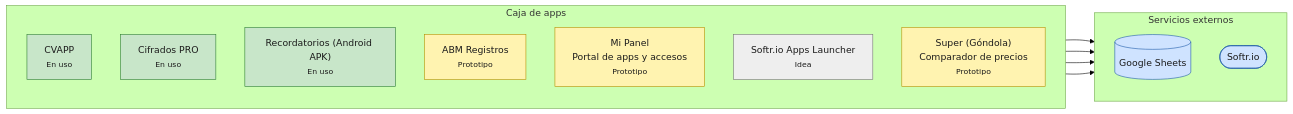
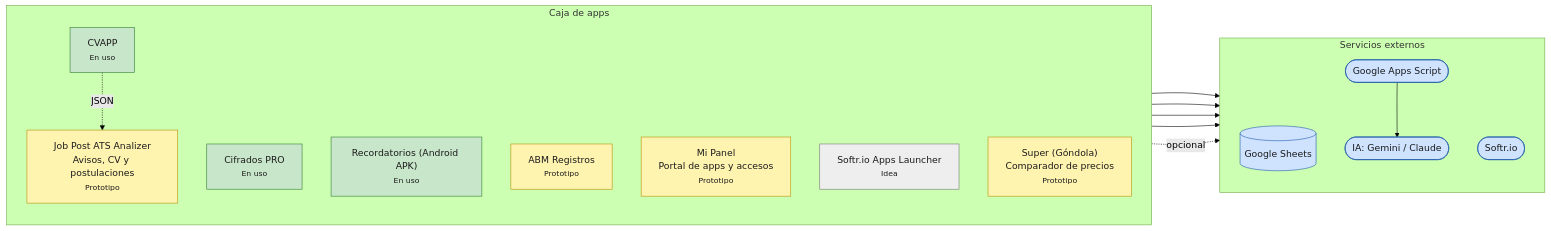
The diagram in mapa-apps.md (luchorcompartidos/home), drawn with Mermaid (forest theme) before and after one commit. The commit also changed other lines of this file and 1 other file, not shown here.

Commit message:
Mapa de la caja de apps: suma Job Post ATS Analizer [patch]
Claude-Session: https://claude.ai/code/session_01X9Q5DNzQvUYmfmj2yP8y8T

````diff
--- a/mapa-apps.md
+++ b/mapa-apps.md
@@ -3,34 +3,40 @@
 ```mermaid
 flowchart LR
     subgraph CAJA["Caja de apps"]
         direction TB
         CV["CVAPP<br/><small>En uso</small>"]
         CIF["Cifrados PRO<br/><small>En uso</small>"]
         REC["Recordatorios (Android APK)<br/><small>En uso</small>"]
         ABM["ABM Registros<br/><small>Prototipo</small>"]
         PANEL["Mi Panel<br/>Portal de apps y accesos<br/><small>Prototipo</small>"]
         SOFTRL["Softr.io Apps Launcher<br/><small>Idea</small>"]
         SUPER["Super (Góndola)<br/>Comparador de precios<br/><small>Prototipo</small>"]
+        JOB["Job Post ATS Analizer<br/>Avisos, CV y postulaciones<br/><small>Prototipo</small>"]
     end
 
     subgraph EXT["Servicios externos"]
         direction TB
         GS[("Google Sheets")]
         SOFTR(["Softr.io"])
+        GAS(["Google Apps Script"])
+        IA(["IA: Gemini / Claude"])
     end
 
     ABM --> GS
     PANEL --> GS
     SUPER --> GS
     SOFTRL --> SOFTR
+    JOB -. opcional .-> GAS
+    GAS --> IA
+    CV -. JSON .-> JOB
 
     classDef enuso fill:#c8e6c9,stroke:#2e7d32,color:#1b1b1b
     classDef prototipo fill:#fff3b0,stroke:#b38f00,color:#1b1b1b
     classDef idea fill:#eeeeee,stroke:#757575,color:#1b1b1b
     classDef servicio fill:#cfe3ff,stroke:#1e5aa8,color:#1b1b1b
 
     class CV,CIF,REC enuso
-    class ABM,PANEL,SUPER prototipo
+    class ABM,PANEL,SUPER,JOB prototipo
     class SOFTRL idea
-    class GS,SOFTR servicio
+    class GS,SOFTR,GAS,IA servicio
 ```
````
